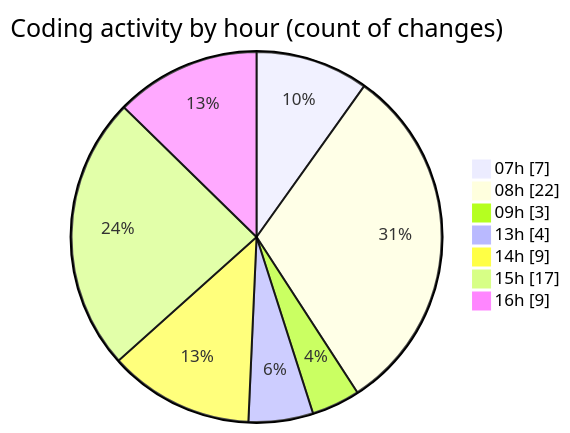
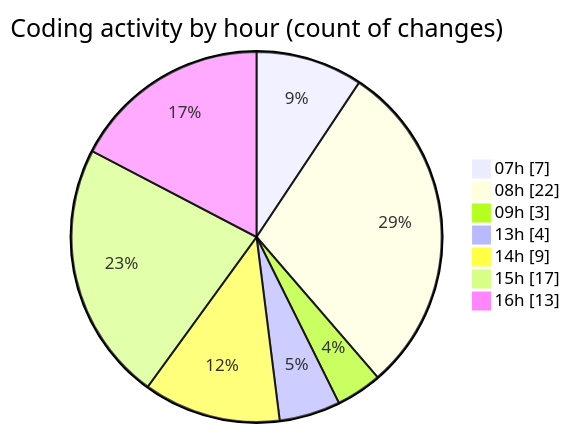
Before and after one commit to Elitesun/code-tracking: the second of 2 diagrams in 2025-05-04/niten/README.md, drawn with Mermaid. The commit also changed other lines of this file and 1 other file, not shown here.

````diff
--- a/2025-05-04/niten/README.md
+++ b/2025-05-04/niten/README.md
@@ -51,11 +52,11 @@
 ```mermaid
 pie showData
 title Coding activity by hour (count of changes)
 "07h" : 7
 "08h" : 22
 "09h" : 3
 "13h" : 4
 "14h" : 9
 "15h" : 17
-"16h" : 9
+"16h" : 13
 ```
````
